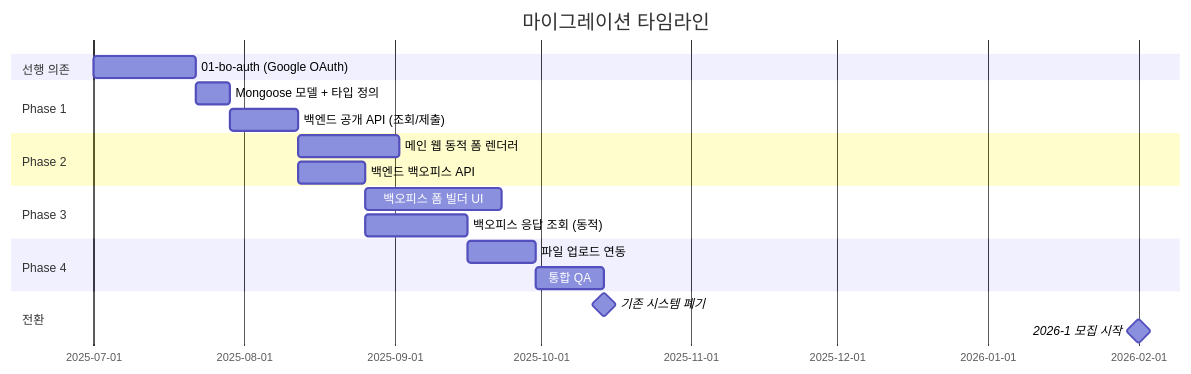
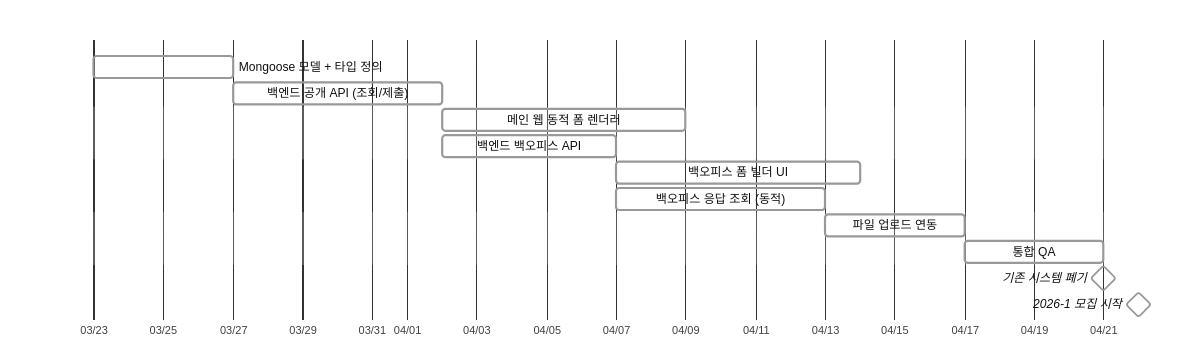
The sixth of 11 diagrams in 2026-renewal/feature/04-recruit-form-cms.md (quipu-uos/blueprint), drawn with Mermaid before and after one commit. The commit also changed other lines of this file, not shown here.

Commit message:
docs(recruit): refine timeline and mermaid rendering

````diff
--- a/2026-renewal/feature/04-recruit-form-cms.md
+++ b/2026-renewal/feature/04-recruit-form-cms.md
@@ -564,22 +573,22 @@
 ```mermaid
+%%{init: {'theme':'base','themeVariables': {'primaryColor':'transparent','primaryBorderColor':'#999999','primaryTextColor':'#111111','lineColor':'#666666','secondaryColor':'transparent','tertiaryColor':'transparent','clusterBkg':'transparent','clusterBorder':'#999999'}}}%%
 gantt
     title 마이그레이션 타임라인
-    dateFormat YYYY-MM
-    section 선행 의존
-    01-bo-auth (Google OAuth)          :dep, 2025-07, 3w
+    dateFormat YYYY-MM-DD
+    axisFormat %m/%d
     section Phase 1
-    Mongoose 모델 + 타입 정의          :p1, after dep, 1w
-    백엔드 공개 API (조회/제출)         :p2, after p1, 2w
+    Mongoose 모델 + 타입 정의          :p1, 2026-03-23, 4d
+    백엔드 공개 API (조회/제출)         :p2, after p1, 6d
     section Phase 2
-    메인 웹 동적 폼 렌더러             :p3, after p2, 3w
-    백엔드 백오피스 API                :p4, after p2, 2w
+    메인 웹 동적 폼 렌더러             :p3, after p2, 7d
+    백엔드 백오피스 API                :p4, after p2, 5d
     section Phase 3
-    백오피스 폼 빌더 UI                :p5, after p4, 4w
-    백오피스 응답 조회 (동적)           :p6, after p4, 3w
+    백오피스 폼 빌더 UI                :p5, after p4, 7d
+    백오피스 응답 조회 (동적)           :p6, after p4, 6d
     section Phase 4
-    파일 업로드 연동                   :p7, after p6, 2w
-    통합 QA                           :p8, after p7, 2w
+    파일 업로드 연동                   :p7, after p6, 4d
+    통합 QA                           :p8, after p7, 4d
     section 전환
     기존 시스템 폐기                  :milestone, after p8, 0d
-    2026-1 모집 시작                  :milestone, 2026-02, 0d
+    2026-1 모집 시작                  :milestone, 2026-04-22, 0d
 ```
````
